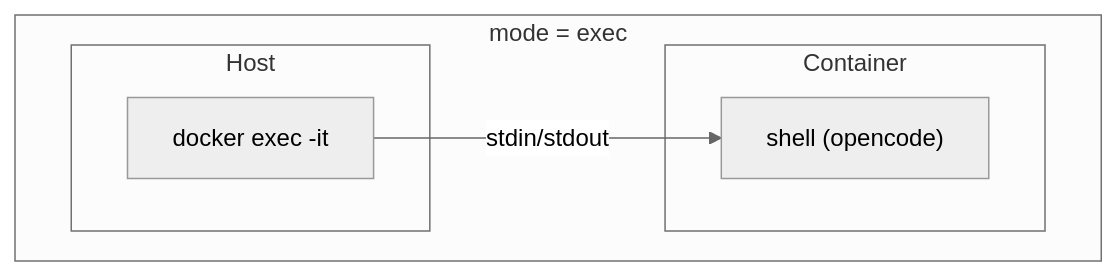
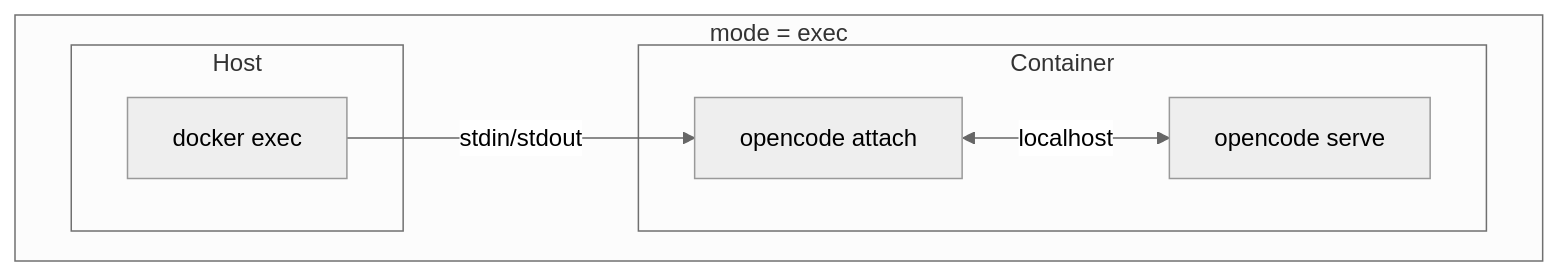
The second of 2 diagrams in docs/explanation/access-modes.md (seznam/jailoc), drawn with Mermaid (neutral theme) before and after one commit. The commit also changed other lines of this file and 2 other files, not shown here.

Commit message:
fix(cmd): exec mode attaches to server instead of starting standalone client

````diff
--- a/docs/explanation/access-modes.md
+++ b/docs/explanation/access-modes.md
@@ -34,12 +34,14 @@
 ```mermaid
 flowchart TB
     subgraph exec["mode = exec"]
         subgraph eh["Host"]
-            ea["docker exec -it"]
+            ea["docker exec"]
         end
         subgraph ec["Container"]
-            es["shell (opencode)"]
+            ec_client["opencode attach"]
+            ec_server["opencode serve"]
+            ec_client <-->|localhost| ec_server
         end
-        ea -->|stdin/stdout| es
+        ea -->|stdin/stdout| ec_client
     end
 ```
````
